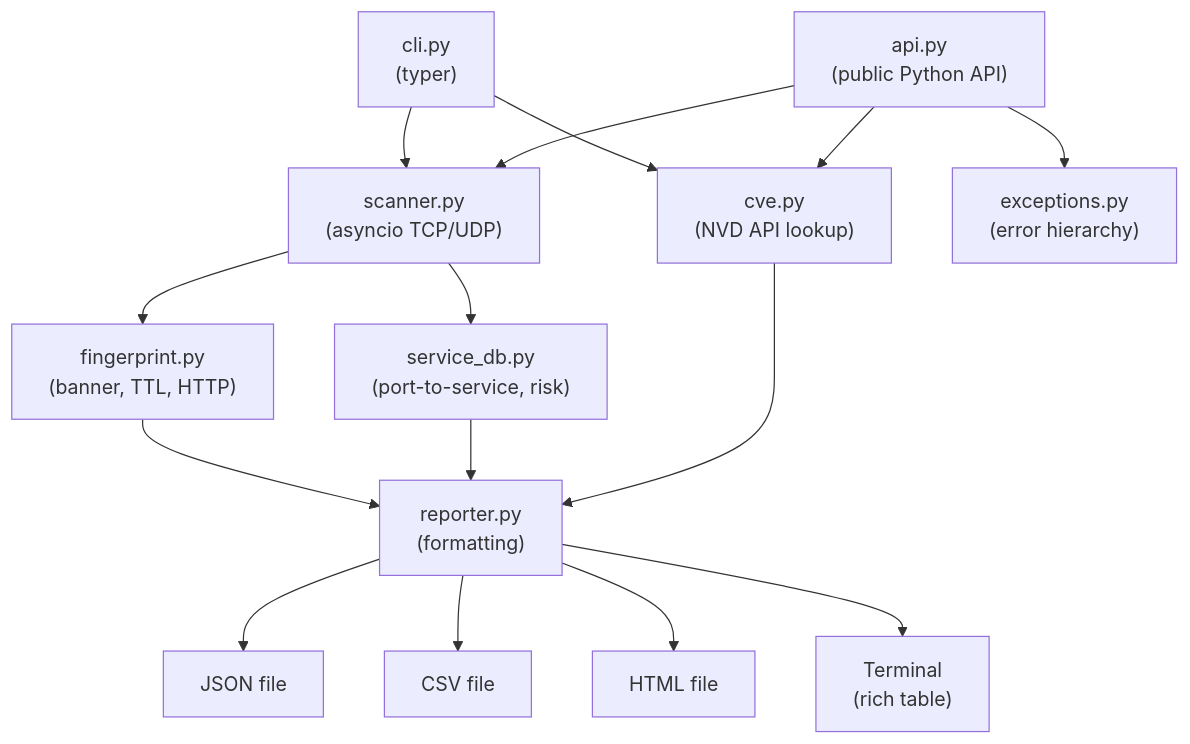
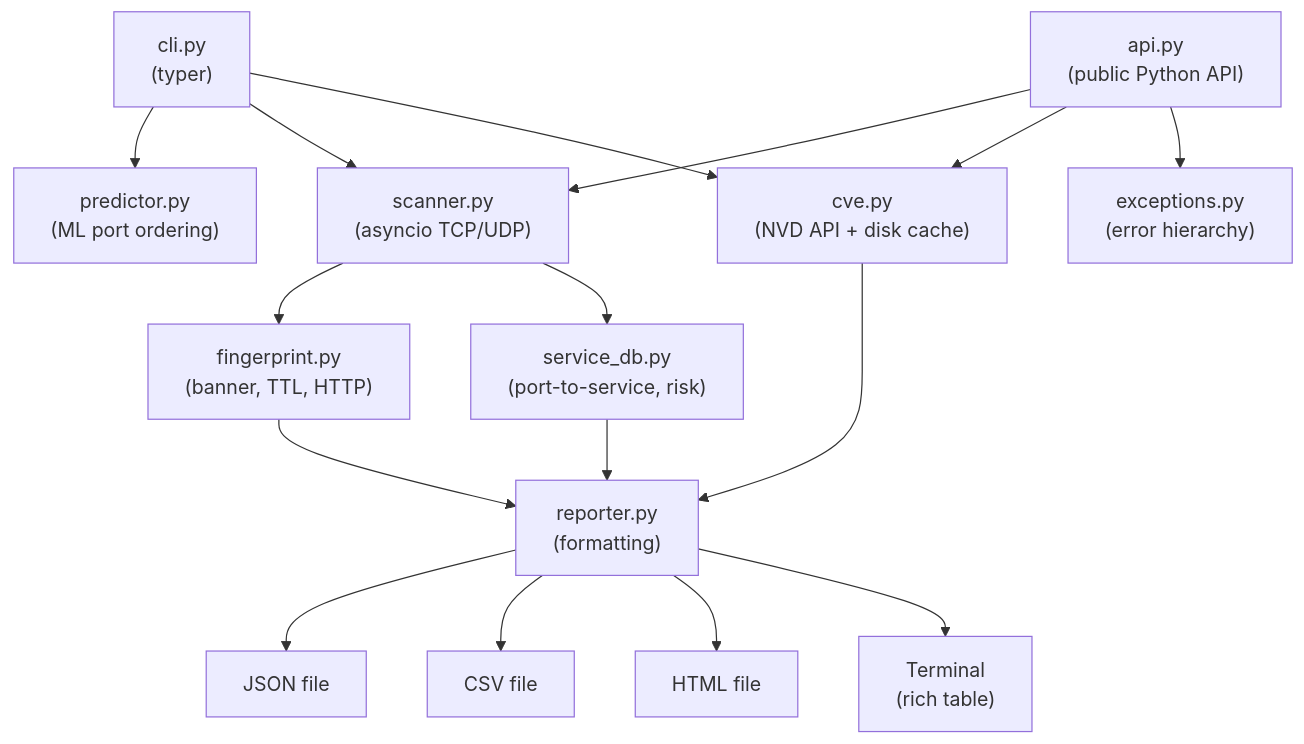
The diagram in README.md (JakobBartoschek/porthawk), drawn with Mermaid before and after one commit. The commit also changed other lines of this file and 3 other files, not shown here.

````diff
--- a/README.md
+++ b/README.md
@@ -44,30 +44,32 @@
 ```mermaid
 flowchart TD
     CLI["cli.py\n(typer)"]
     API["api.py\n(public Python API)"]
     SCAN["scanner.py\n(asyncio TCP/UDP)"]
     FP["fingerprint.py\n(banner, TTL, HTTP)"]
+    PRED["predictor.py\n(ML port ordering)"]
     SDB["service_db.py\n(port-to-service, risk)"]
-    CVE["cve.py\n(NVD API lookup)"]
+    CVE["cve.py\n(NVD API + disk cache)"]
     EXC["exceptions.py\n(error hierarchy)"]
     REP["reporter.py\n(formatting)"]
     OUT_JSON["JSON file"]
     OUT_CSV["CSV file"]
     OUT_HTML["HTML file"]
     OUT_TERM["Terminal\n(rich table)"]
 
+    CLI --> PRED
     CLI --> SCAN
     CLI --> CVE
     API --> SCAN
     API --> CVE
     API --> EXC
     SCAN --> FP
     SCAN --> SDB
     FP --> REP
     SDB --> REP
     CVE --> REP
     REP --> OUT_JSON
     REP --> OUT_CSV
     REP --> OUT_HTML
     REP --> OUT_TERM
 ```
````
